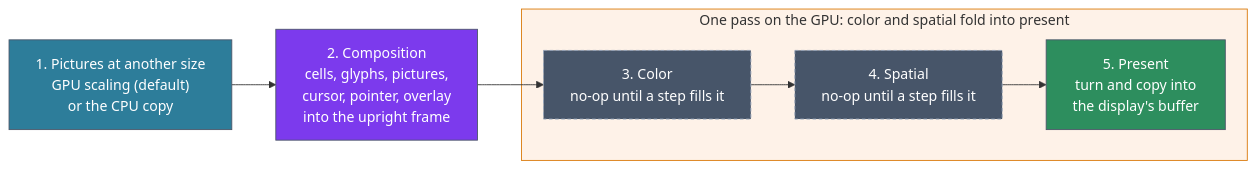
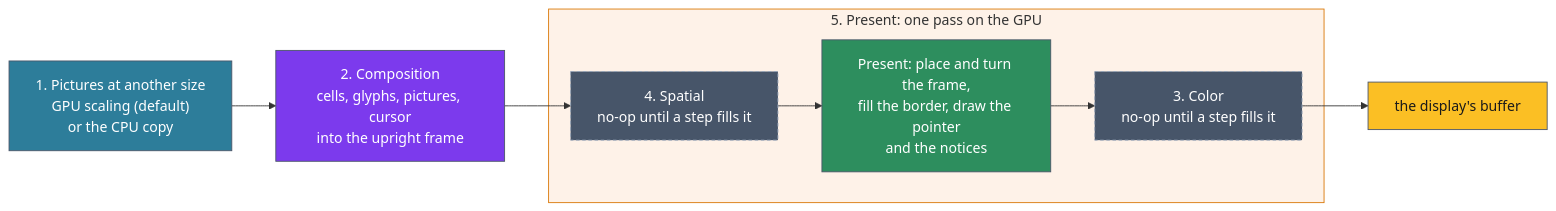
Before and after one commit to vtium/vtium: the diagram in docs/architecture/render/ADR-1303-the-gpu-path-draws-each-frame-through-a-fixed-pipeline-of-slots-and-turns-it-at-present.md, drawn with Mermaid. The commit also changed other lines of this file and 2 other files, not shown here.

````diff
--- a/docs/architecture/render/ADR-1303-the-gpu-path-draws-each-frame-through-a-fixed-pipeline-of-slots-and-turns-it-at-present.md
+++ b/docs/architecture/render/ADR-1303-the-gpu-path-draws-each-frame-through-a-fixed-pipeline-of-slots-and-turns-it-at-present.md
@@ -104,19 +109,21 @@
 ```mermaid
 flowchart LR
     P["1. Pictures at another size<br>GPU scaling (default)<br>or the CPU copy"]:::pic
-    C["2. Composition<br>cells, glyphs, pictures,<br>cursor, pointer, overlay<br>into the upright frame"]:::comp
+    C["2. Composition<br>cells, glyphs, pictures, cursor<br>into the upright frame"]:::comp
+    S["4. Spatial<br>no-op until a step fills it"]:::opt
+    O["Present: place and turn the frame,<br>fill the border, draw the pointer<br>and the notices"]:::pres
     K["3. Color<br>no-op until a step fills it"]:::opt
-    S["4. Spatial<br>no-op until a step fills it"]:::opt
-    R["5. Present<br>turn and copy into<br>the display's buffer"]:::pres
-    P --> C --> K --> S --> R
-    subgraph fold ["One pass on the GPU: color and spatial fold into present"]
+    W["the display's buffer"]:::buf
+    P --> C --> S --> O --> K --> W
+    subgraph fold ["5. Present: one pass on the GPU"]
+        S
+        O
         K
-        S
-        R
     end
     classDef pic fill:#2d7d9a,color:#ffffff,stroke:#4a5568
     classDef comp fill:#7c3aed,color:#ffffff,stroke:#4a5568
     classDef opt fill:#475569,color:#ffffff,stroke:#94a3b8,stroke-dasharray: 4 3
     classDef pres fill:#2d8e5e,color:#ffffff,stroke:#4a5568
+    classDef buf fill:#fbbf24,color:#1a1a1a,stroke:#4a5568
     style fold stroke:#d97706,fill:#f6821f1a
 ```
````
